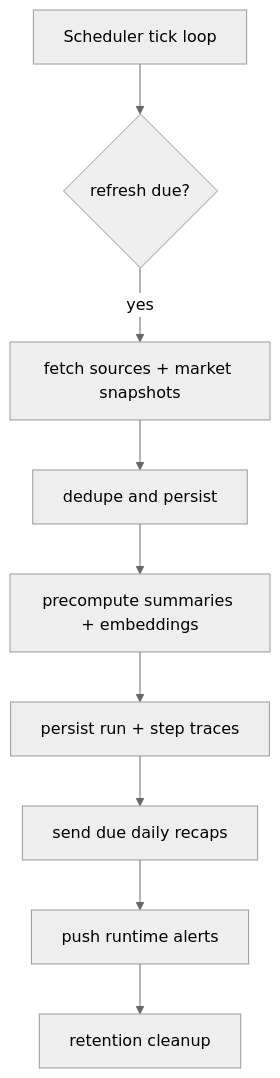
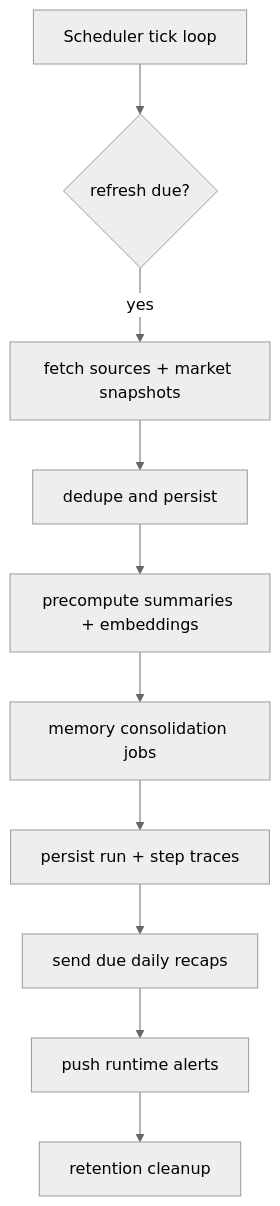
Before and after one commit to whr129/Hello-Stock: the second of 2 diagrams in README.md, drawn with Mermaid (neutral theme). The commit also changed other lines of this file and 15 other files, not shown here.

````diff
--- a/README.md
+++ b/README.md
@@ -48,11 +49,12 @@
 ```mermaid
 flowchart TD
     tick[Scheduler tick loop] --> refresh{refresh due?}
     refresh -->|yes| fetch[fetch sources + market snapshots]
     fetch --> store[dedupe and persist]
     store --> summarize[precompute summaries + embeddings]
-    summarize --> trace[persist run + step traces]
+    summarize --> memory[memory consolidation jobs]
+    memory --> trace[persist run + step traces]
     trace --> recap[send due daily recaps]
     recap --> alerts[push runtime alerts]
     alerts --> cleanup[retention cleanup]
 ```
````
